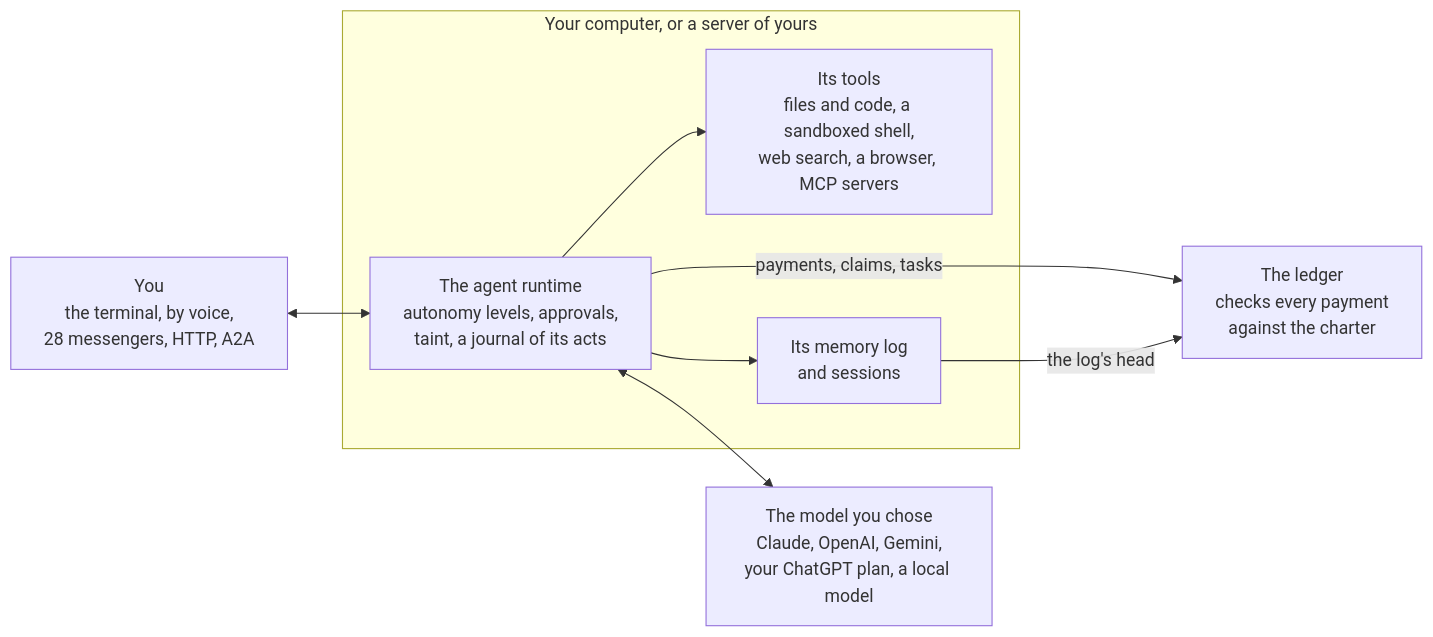
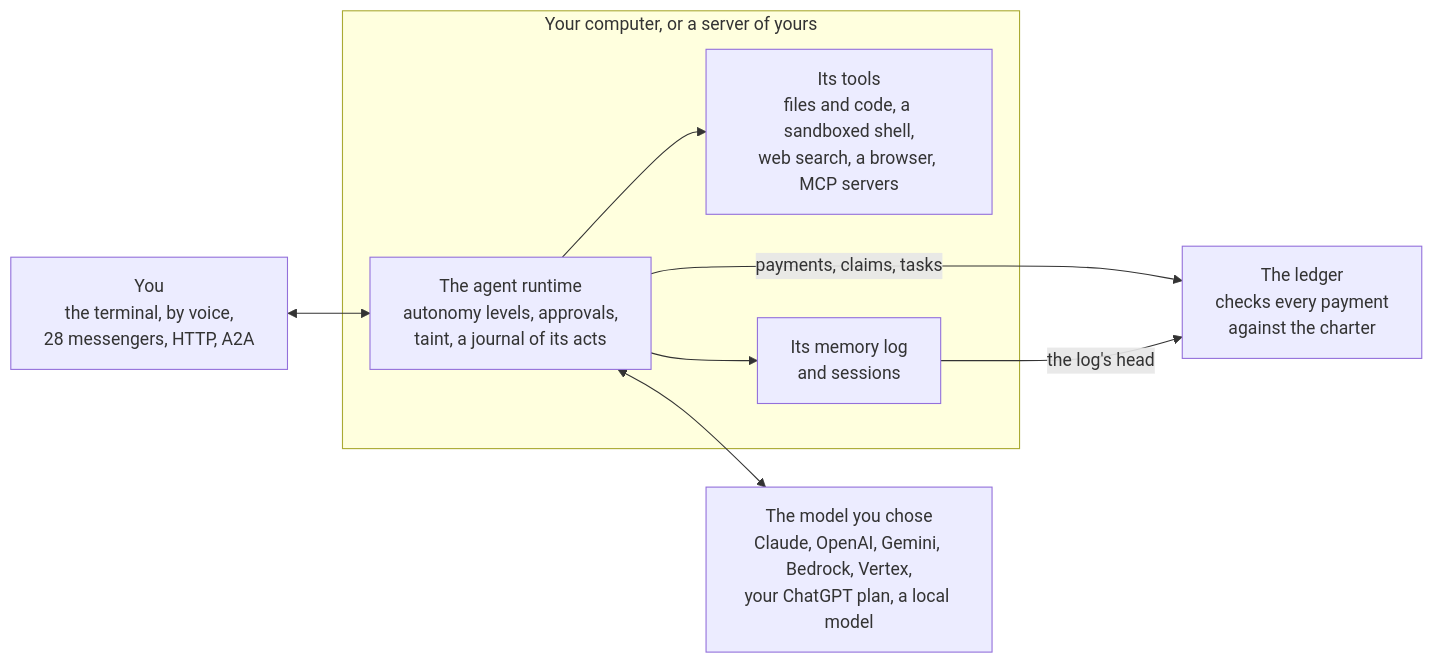
Before and after one commit to shayansal/Siontology: the first of 2 diagrams in README.md, drawn with Mermaid. The commit also changed other lines of this file and 20 other files, not shown here.

````diff
--- a/README.md
+++ b/README.md
@@ -100,14 +100,14 @@
 ```mermaid
 flowchart LR
   you["You<br/>the terminal, by voice,<br/>28 messengers, HTTP, A2A"] <--> runtime
   subgraph machine["Your computer, or a server of yours"]
     runtime["The agent runtime<br/>autonomy levels, approvals,<br/>taint, a journal of its acts"]
     tools["Its tools<br/>files and code, a sandboxed shell,<br/>web search, a browser, MCP servers"]
     memory["Its memory log<br/>and sessions"]
     runtime --> tools
     runtime --> memory
   end
-  runtime <--> model["The model you chose<br/>Claude, OpenAI, Gemini,<br/>your ChatGPT plan, a local model"]
+  runtime <--> model["The model you chose<br/>Claude, OpenAI, Gemini, Bedrock, Vertex,<br/>your ChatGPT plan, a local model"]
   runtime -->|"payments, claims, tasks"| ledger["The ledger<br/>checks every payment<br/>against the charter"]
   memory -->|"the log's head"| ledger
 ```
````
